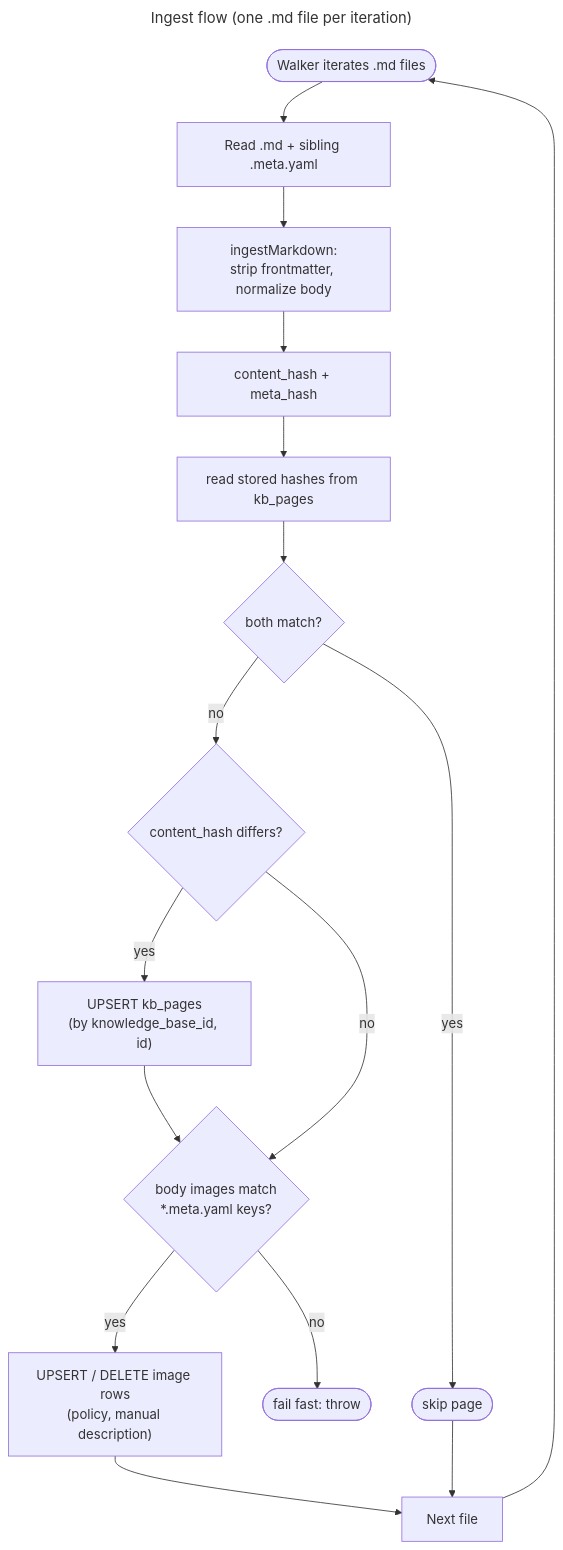
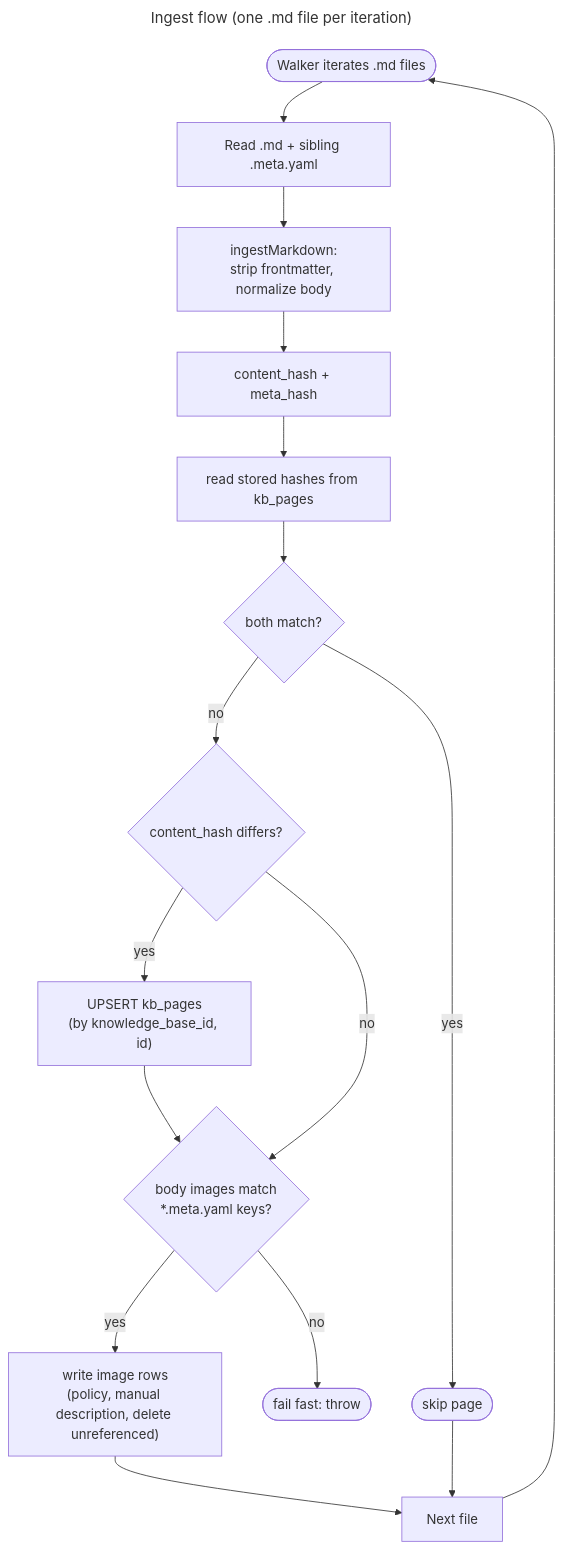
Before and after one commit to kyung-lee-official/neuxus: the diagram in docs/modern-knowledge-base-design/02-ingest.md, drawn with Mermaid. The commit also changed other lines of this file, not shown here.

````diff
--- a/docs/modern-knowledge-base-design/02-ingest.md
+++ b/docs/modern-knowledge-base-design/02-ingest.md
@@ -35,22 +35,22 @@
 ```mermaid
 ---
 title: Ingest flow (one .md file per iteration)
 theme: neo-dark
 ---
 flowchart TD
   Walker([Walker iterates .md files]) --> Read["Read .md + sibling .meta.yaml"]
   Read --> Parse["ingestMarkdown:<br/>strip frontmatter, normalize body"]
   Parse --> Hash["content_hash + meta_hash"]
   Hash --> Lookup["read stored hashes from kb_pages"]
   Lookup --> Match{both match?}
   Match -- yes --> Skip([skip page])
   Match -- no --> Changed{content_hash differs?}
   Changed -- yes --> Upsert["UPSERT kb_pages<br/>(by knowledge_base_id, id)"]
   Upsert --> Validate{"body images match<br/>*.meta.yaml keys?"}
   Changed -- no --> Validate
   Validate -- no --> Fail([fail fast: throw])
-  Validate -- yes --> Reconcile["UPSERT / DELETE image rows<br/>(policy, manual description)"]
-  Reconcile --> Next[Next file]
+  Validate -- yes --> WriteRows["write image rows<br/>(policy, manual description, delete unreferenced)"]
+  WriteRows --> Next[Next file]
   Skip --> Next
   Next --> Walker
 ```
````
